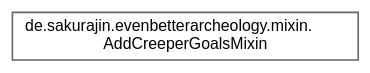
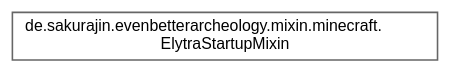
The diagram in inherit_graph_21.dot (noah1510/EvenBetterArcheology), drawn with Graphviz before and after one commit. The commit also changed 335 other files, not shown here.

```diff
--- a/inherit_graph_21.dot
+++ b/inherit_graph_21.dot
@@ -1,9 +1,9 @@
 digraph "Graphical Class Hierarchy"
 {
  // LATEX_PDF_SIZE
   bgcolor="transparent";
   edge [fontname=Helvetica,fontsize=10,labelfontname=Helvetica,labelfontsize=10];
   node [fontname=Helvetica,fontsize=10,shape=box,height=0.2,width=0.4];
   rankdir="LR";
-  Node0 [label="de.sakurajin.evenbetterarcheology.mixin.\lAddCreeperGoalsMixin",height=0.2,width=0.4,color="grey40", fillcolor="white", style="filled",URL="$classde_1_1sakurajin_1_1evenbetterarcheology_1_1mixin_1_1AddCreeperGoalsMixin.html",tooltip=" "];
+  Node0 [label="de.sakurajin.evenbetterarcheology.mixin.minecraft.\lElytraStartupMixin",height=0.2,width=0.4,color="grey40", fillcolor="white", style="filled",URL="$classde_1_1sakurajin_1_1evenbetterarcheology_1_1mixin_1_1minecraft_1_1ElytraStartupMixin.html",tooltip=" "];
 }
```
